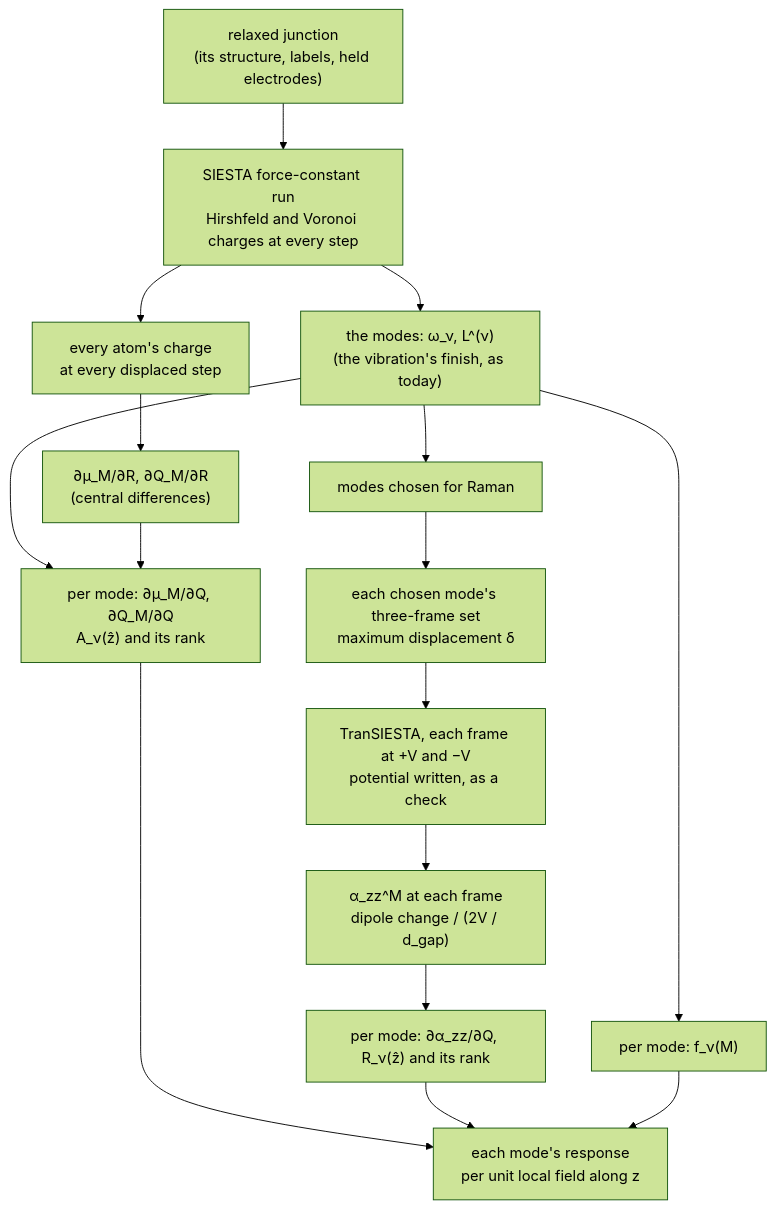
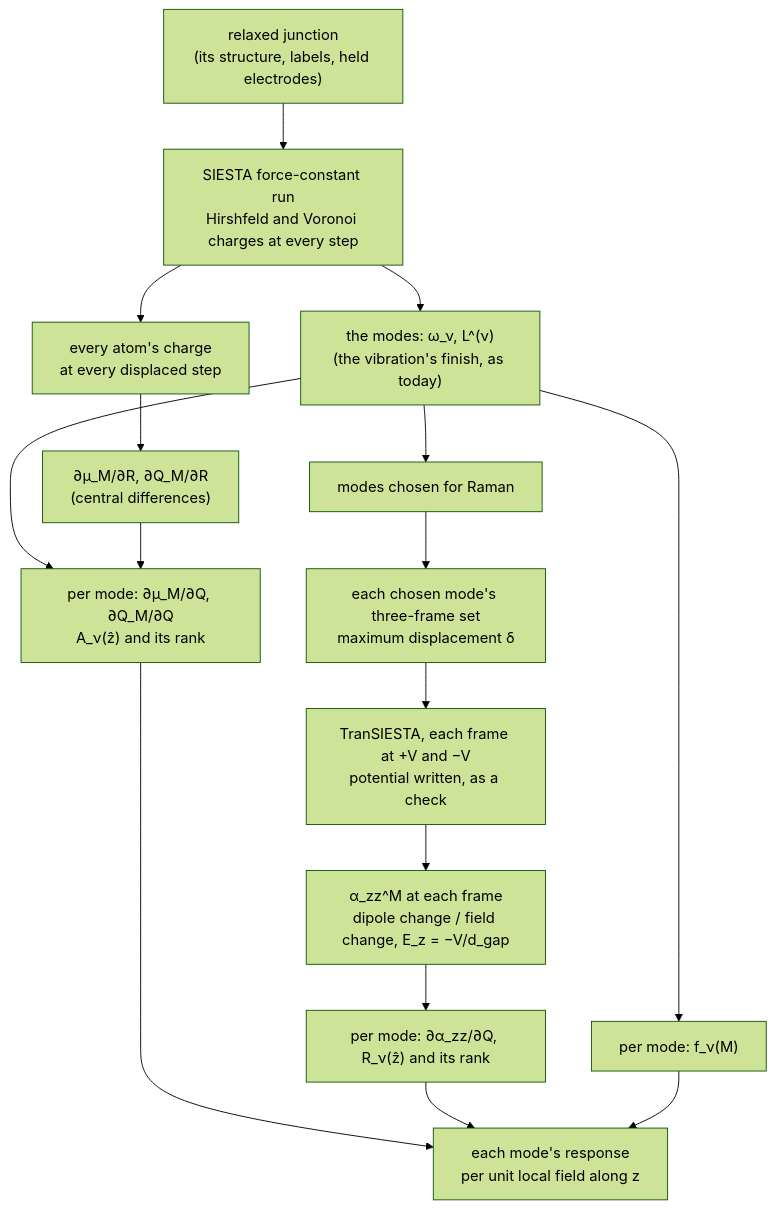
One commit to Qing-LAB/molbuilder changed the diagram in docs/science/vibrational-optical-response.md. Above: the diagram before and after it, drawn with Mermaid (forest theme). The commit also changed other lines of this file and 6 other files, not shown here.

````diff
--- a/docs/science/vibrational-optical-response.md
+++ b/docs/science/vibrational-optical-response.md
@@ -407,18 +423,18 @@
 ```mermaid
 flowchart TD
     J["relaxed junction<br/>(its structure, labels, held electrodes)"] --> FC["SIESTA force-constant run<br/>Hirshfeld and Voronoi charges at every step"]
     FC --> MODES["the modes: ω_ν, L^(ν)<br/>(the vibration's finish, as today)"]
     FC --> QS["every atom's charge<br/>at every displaced step"]
     QS --> D["∂μ_M/∂R, ∂Q_M/∂R<br/>(central differences)"]
     MODES --> IR["per mode: ∂μ_M/∂Q, ∂Q_M/∂Q<br/>A_ν(ẑ) and its rank"]
     D --> IR
     MODES --> LOC["per mode: f_ν(M)"]
     MODES --> SEL["modes chosen for Raman"]
     SEL --> FR["each chosen mode's three-frame set<br/>maximum displacement δ"]
     FR --> TS["TranSIESTA, each frame at +V and −V<br/>potential written, as a check"]
-    TS --> AZ["α_zz^M at each frame<br/>dipole change / (2V / d_gap)"]
+    TS --> AZ["α_zz^M at each frame<br/>dipole change / field change, E_z = −V/d_gap"]
     AZ --> RA["per mode: ∂α_zz/∂Q, R_ν(ẑ) and its rank"]
     IR --> OUT["each mode's response<br/>per unit local field along z"]
     RA --> OUT
     LOC --> OUT
 ```
````
